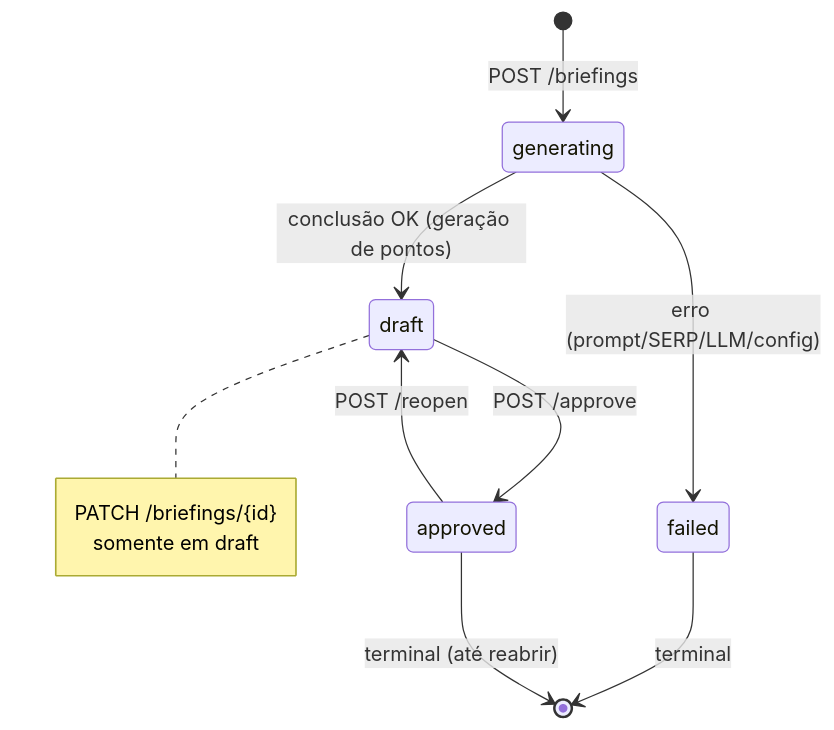
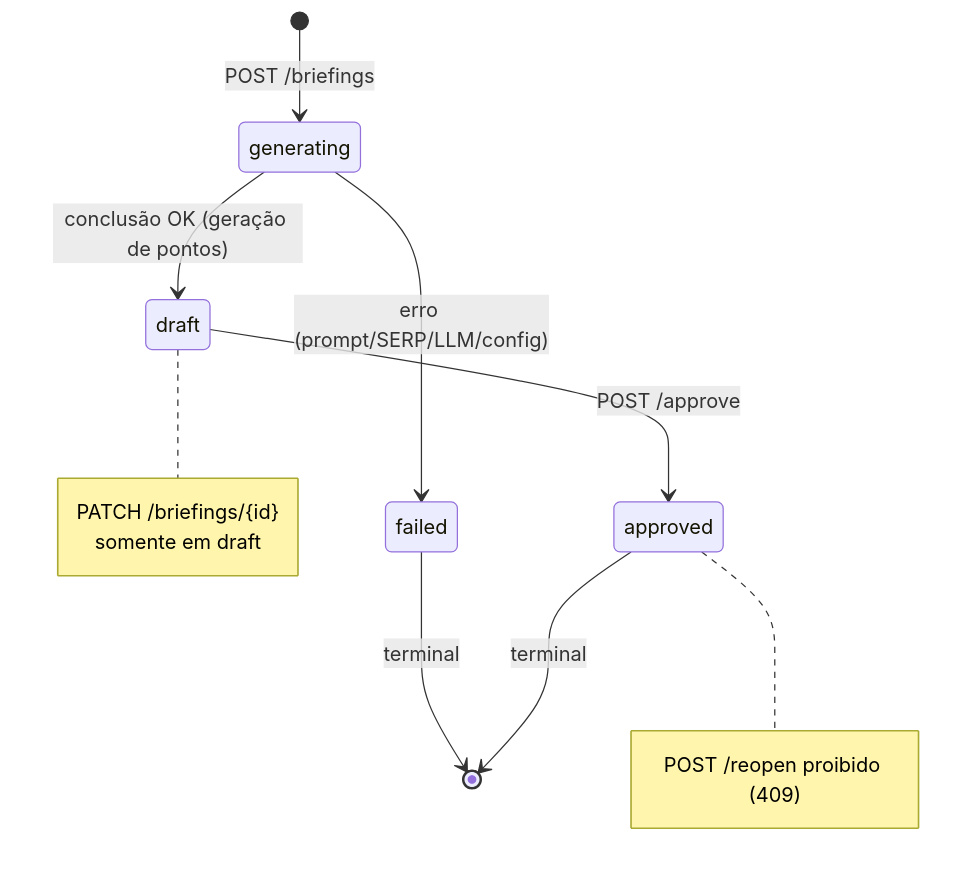
One commit to eliejosuevargas01-stack/Deep-Research changed the diagram in docs/api/briefing-scout.md. Above: the diagram before and after it, drawn with Mermaid. The commit also changed other lines of this file and 55 other files, not shown here.

````diff
--- a/docs/api/briefing-scout.md
+++ b/docs/api/briefing-scout.md
@@ -130,15 +130,18 @@
 ```mermaid
 stateDiagram-v2
     [*] --> generating: POST /briefings
     generating --> draft: conclusão OK (geração de pontos)
     generating --> failed: erro (prompt/SERP/LLM/config)
     draft --> approved: POST /approve
-    approved --> draft: POST /reopen
     failed --> [*]: terminal
-    approved --> [*]: terminal (até reabrir)
+    approved --> [*]: terminal
+
+    note right of approved
+      POST /reopen proibido (409)
+    end note
 
     note right of draft
       PATCH /briefings/{id}
       somente em draft
     end note
 ```
````
